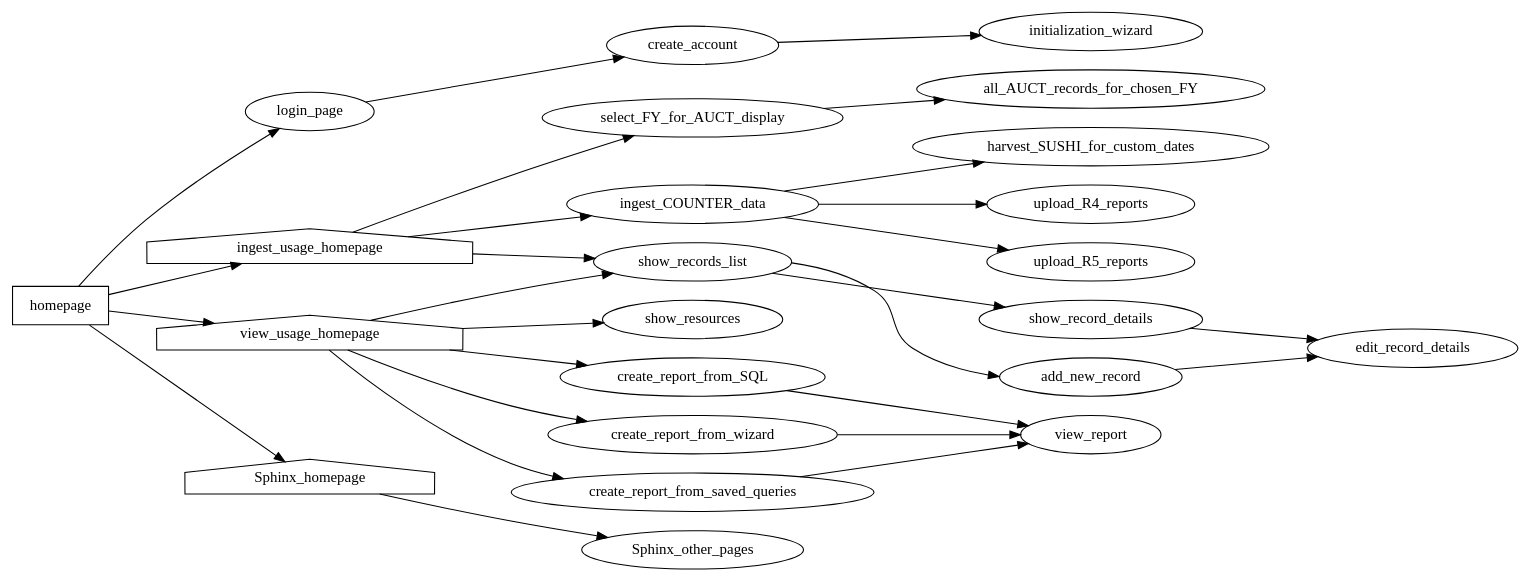
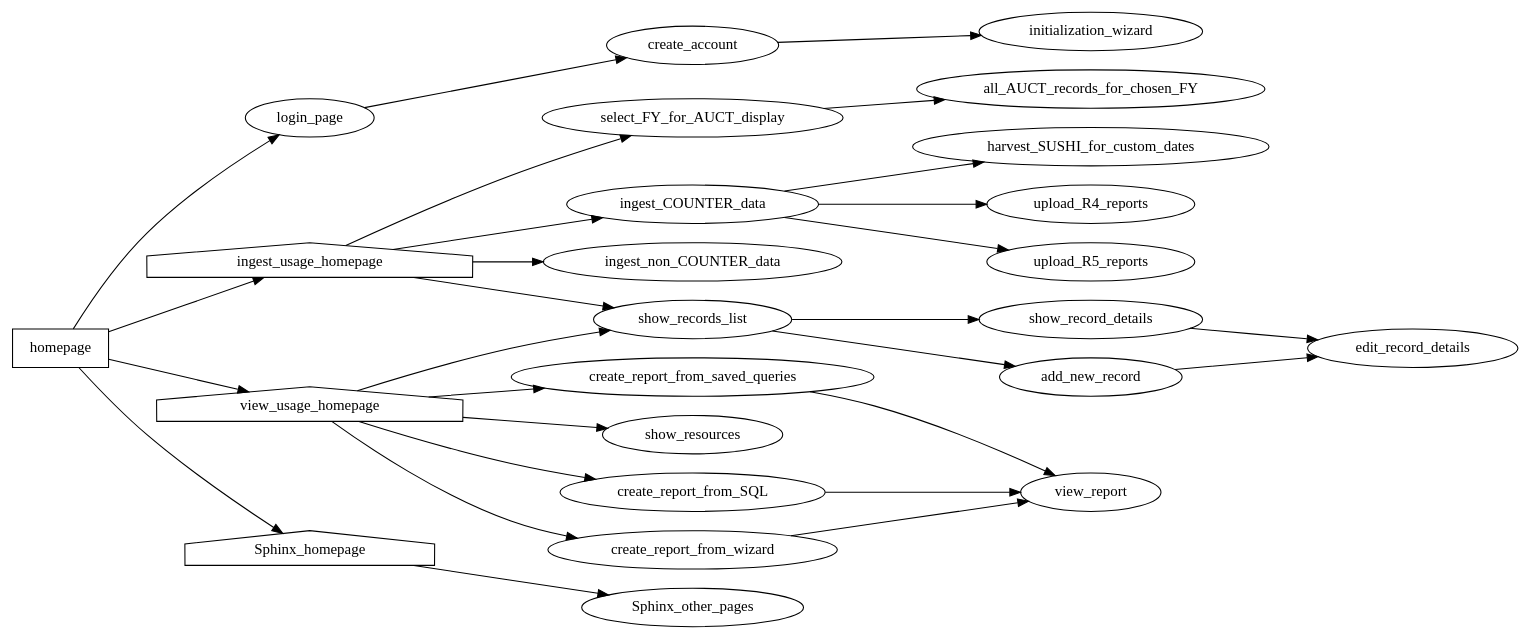
Before and after one commit to ereiskind/nolcat: the diagram in docs/source/sitemap.dot, drawn with Graphviz. The commit also changed 2 other files, not shown here.

Commit message:
Create `ingest_usage` blueprint

```diff
--- a/docs/source/sitemap.dot
+++ b/docs/source/sitemap.dot
@@ -1,88 +1,94 @@
 digraph nolcat_sitemap {
     /* *** NoLCAT SITEMAP *** */
     rankdir=LR
 
 
     /* *** Main NoLCAT Folder *** */
     homepage [shape="box"]
         homepage -> login_page
         homepage -> ingest_usage_homepage
         homepage -> view_usage_homepage
         homepage -> Sphinx_homepage
     
 
     /* *** `login` Blueprint *** */
     login_page
         login_page -> create_account
     // Account creation may not be needed--a single set of credentials for each user type may be created instead
     create_account
         create_account -> initialization_wizard // Page in `ingest` section; linkage because program will request data for database initialization upon creation of first account
     // And any other pages needed for authentication
 
 
     /* *** `initialization` Blueprint *** */
     initialization_wizard
+
+
+    /* *** `ingest_usage` Blueprint *** */
+    ingest_usage_homepage [shape="house"]
+        ingest_usage_homepage -> ingest_COUNTER_data
+        ingest_usage_homepage -> ingest_non_COUNTER_data
+    ingest_COUNTER_data
+        ingest_COUNTER_data -> upload_R4_reports
+        ingest_COUNTER_data -> upload_R5_reports
+        ingest_COUNTER_data -> harvest_SUSHI_for_custom_dates
+    upload_R4_reports
+    upload_R5_reports
+    harvest_SUSHI_for_custom_dates
     
 
 
 
 
     /* ******************************************************************************************* */
     
 
 
     /* *** `ingest` Blueprint *** */
     ingest_usage_homepage [shape="house"]
-        ingest_usage_homepage -> ingest_COUNTER_data
+
         ingest_usage_homepage -> show_records_list
         ingest_usage_homepage -> select_FY_for_AUCT_display
     
-    // Pages for ingesting COUNTER data
-    ingest_COUNTER_data
-        ingest_COUNTER_data -> upload_R4_reports
-        ingest_COUNTER_data -> upload_R5_reports
-        ingest_COUNTER_data -> harvest_SUSHI_for_custom_dates
-    upload_R4_reports
-    upload_R5_reports
-    harvest_SUSHI_for_custom_dates
+    
 
     // Pages for viewing status of usage collection for a given FY
     select_FY_for_AUCT_display
         select_FY_for_AUCT_display -> all_AUCT_records_for_chosen_FY
     all_AUCT_records_for_chosen_FY
 
 
     /* *** `view` Blueprint *** */
     view_usage_homepage [shape="house"]
         view_usage_homepage -> create_report_from_SQL
         view_usage_homepage -> create_report_from_wizard
         view_usage_homepage -> create_report_from_saved_queries
         view_usage_homepage -> show_records_list
         view_usage_homepage -> show_resources
     show_resources // Meaning the items in the resources table
     
     // Pages for Querying and Displaying Usage Data
     create_report_from_SQL // Runs a custom SQL statement against the database
         create_report_from_SQL -> view_report
     create_report_from_wizard // GUI options are used to write SQL behind the scenes
         create_report_from_wizard -> view_report
     create_report_from_saved_queries // SQL statements that are either complete or only ask for one input for commonly asked questions
         create_report_from_saved_queries -> view_report
     view_report
 
     // Pages for Viewing, Adding, and Editing Records to a Relation
     show_records_list
         show_records_list -> add_new_record
         show_records_list -> show_record_details
     add_new_record
         add_new_record -> edit_record_details // To provide info for the new record
     show_record_details
         show_record_details -> edit_record_details
     edit_record_details // Includes adding or editing notes
 
 
     /* *** Sphinx *** */
     Sphinx_homepage [shape="house"]
         Sphinx_homepage -> Sphinx_other_pages
     Sphinx_other_pages // Use Sphinx itself for site organization
 }
```
